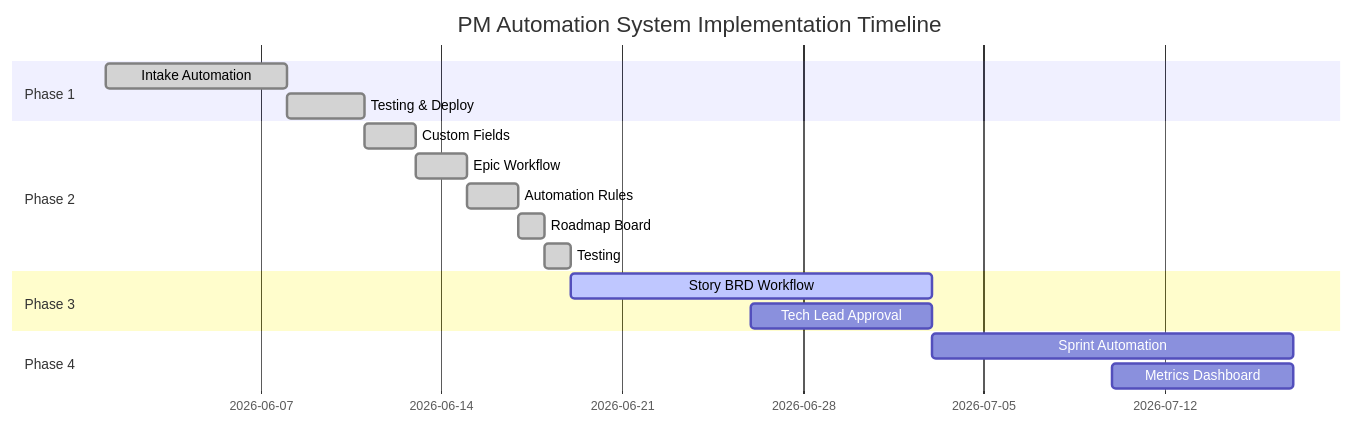
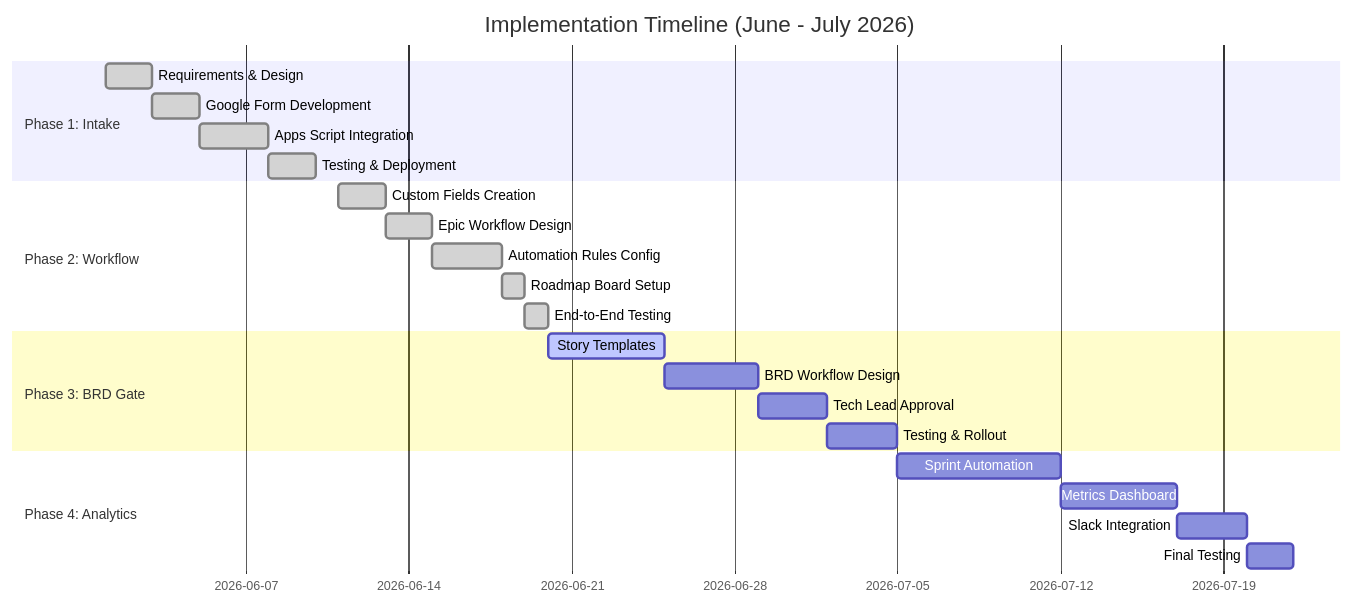
One commit to PlainJane20/pm-automation-system changed the fourth of 4 diagrams in README.md. Above: the diagram before and after it, drawn with Mermaid. The commit also changed other lines of this file, not shown here.

````diff
--- a/README.md
+++ b/README.md
@@ -440,20 +387,30 @@
 ```mermaid
 gantt
-    title PM Automation System Implementation Timeline
+    title Implementation Timeline (June - July 2026)
     dateFormat  YYYY-MM-DD
-    section Phase 1
-    Intake Automation           :done, p1, 2026-06-01, 7d
-    Testing & Deploy            :done, p1t, 2026-06-08, 3d
-    section Phase 2
-    Custom Fields               :done, p2a, 2026-06-11, 2d
-    Epic Workflow               :done, p2b, 2026-06-13, 2d
-    Automation Rules            :done, p2c, 2026-06-15, 2d
-    Roadmap Board               :done, p2d, 2026-06-17, 1d
-    Testing                     :done, p2e, 2026-06-18, 1d
-    section Phase 3
-    Story BRD Workflow          :active, p3, 2026-06-19, 14d
-    Tech Lead Approval          :p3a, 2026-06-26, 7d
-    section Phase 4
-    Sprint Automation           :p4, 2026-07-03, 14d
-    Metrics Dashboard           :p4a, 2026-07-10, 7d
+    
+    section Phase 1: Intake
+    Requirements & Design     :done, p1a, 2026-06-01, 2d
+    Google Form Development   :done, p1b, 2026-06-03, 2d
+    Apps Script Integration   :done, p1c, 2026-06-05, 3d
+    Testing & Deployment      :done, p1d, 2026-06-08, 2d
+    
+    section Phase 2: Workflow
+    Custom Fields Creation    :done, p2a, 2026-06-11, 2d
+    Epic Workflow Design      :done, p2b, 2026-06-13, 2d
+    Automation Rules Config   :done, p2c, 2026-06-15, 3d
+    Roadmap Board Setup       :done, p2d, 2026-06-18, 1d
+    End-to-End Testing        :done, p2e, 2026-06-19, 1d
+    
+    section Phase 3: BRD Gate
+    Story Templates           :active, p3a, 2026-06-20, 5d
+    BRD Workflow Design       :p3b, 2026-06-25, 4d
+    Tech Lead Approval        :p3c, 2026-06-29, 3d
+    Testing & Rollout         :p3d, 2026-07-02, 3d
+    
+    section Phase 4: Analytics
+    Sprint Automation         :p4a, 2026-07-05, 7d
+    Metrics Dashboard         :p4b, 2026-07-12, 5d
+    Slack Integration         :p4c, 2026-07-17, 3d
+    Final Testing             :p4d, 2026-07-20, 2d
 ```
````
